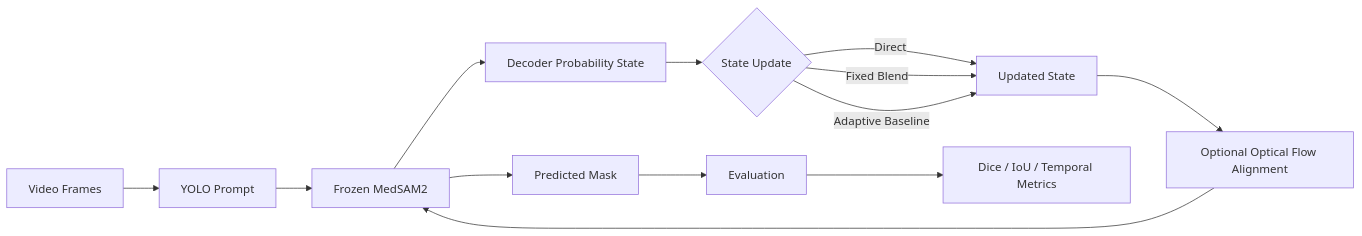
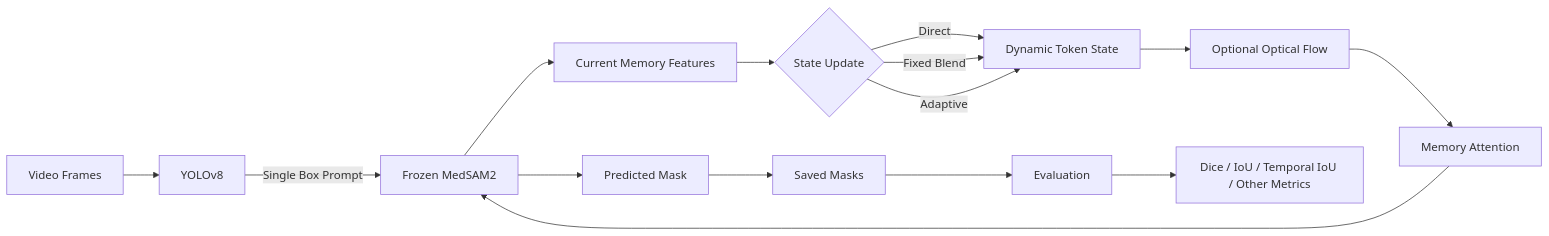
Before and after one commit to aCoderChild/AdeSEG: the diagram in README.md, drawn with Mermaid. The commit also changed other lines of this file, not shown here.

````diff
--- a/README.md
+++ b/README.md
@@ -13,20 +15,21 @@
 ```mermaid
 flowchart LR
-    A[Video Frames] --> B[YOLO Prompt]
-    B --> C[Frozen MedSAM2]
+    A[Video Frames] --> B[YOLOv8]
+    B -->|Single Box Prompt| C[Frozen MedSAM2]
 
     C --> D[Predicted Mask]
-    C --> E[Decoder Probability State]
+    C --> E[Current Memory Features]
 
     E --> F{State Update}
+    F -->|Direct| G[Dynamic Token State]
+    F -->|Fixed Blend| G
+    F -->|Adaptive| G
 
-    F -->|Direct| G[Updated State]
-    F -->|Fixed Blend| G
-    F -->|Adaptive Baseline| G
+    G --> H[Optional Optical Flow]
+    H --> I[Memory Attention]
+    I --> C
 
-    G --> H[Optional Optical Flow Alignment]
-    H --> C
-
-    D --> I[Evaluation]
-    I --> J[Dice / IoU / Temporal Metrics]
+    D --> J[Saved Masks]
+    J --> K[Evaluation]
+    K --> L[Dice / IoU / Temporal IoU / Other Metrics]
 ```
````
